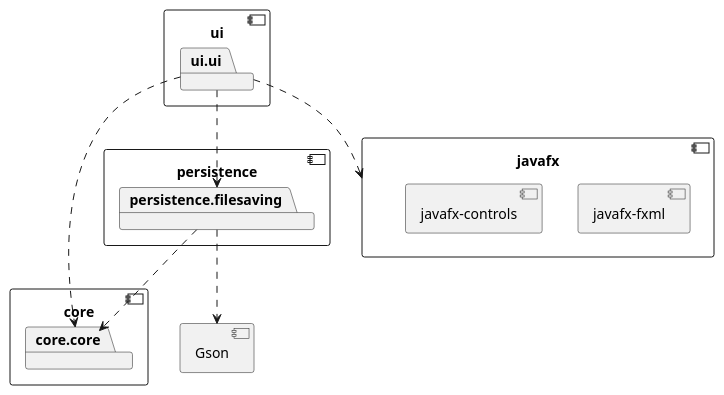
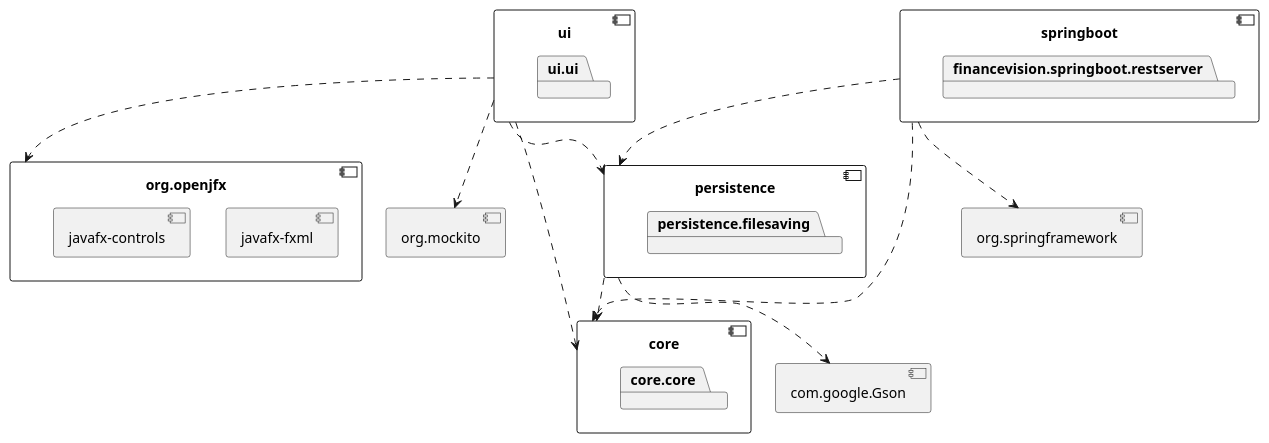
One commit to martinhova01/finance-vision changed the diagram in docs/architecture.puml. Above: the diagram before and after it, drawn with PlantUML. The commit also changed 2 other files, not shown here.

Commit message:
package diagram and rest docs #51

```diff
--- a/docs/architecture.puml
+++ b/docs/architecture.puml
@@ -1,32 +1,44 @@
 @startuml arcitecture
 component core {
 	package core.core
 }
 
 component persistence {
 	package persistence.filesaving
 }
 
-component Gson{
+component com.google.Gson{
 }
 
-persistence.filesaving ..> Gson
-persistence.filesaving ..> core.core
+persistence ..> com.google.Gson
+persistence ..> core
 
 component ui{
 	package ui.ui
 }
-
-ui.ui ..> core.core
-ui.ui ..> persistence.filesaving
-
-component javafx {
+component org.openjfx {
 	component javafx-fxml {
 	}
 	component javafx-controls{
 	}
+}
+component org.mockito
 
+ui ..> core
+ui ..> persistence
+ui ..> org.openjfx
+ui ..> org.mockito
+
+
+component springboot {
+	package financevision.springboot.restserver
 }
 
-ui.ui ..> javafx
+component org.springframework
+
+springboot ..> org.springframework
+springboot ..> persistence
+springboot ..> core
+
+
 @enduml
```
